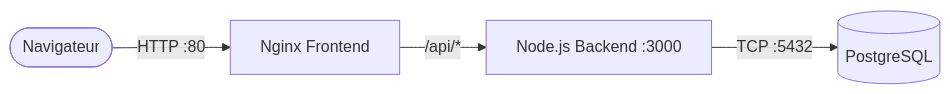
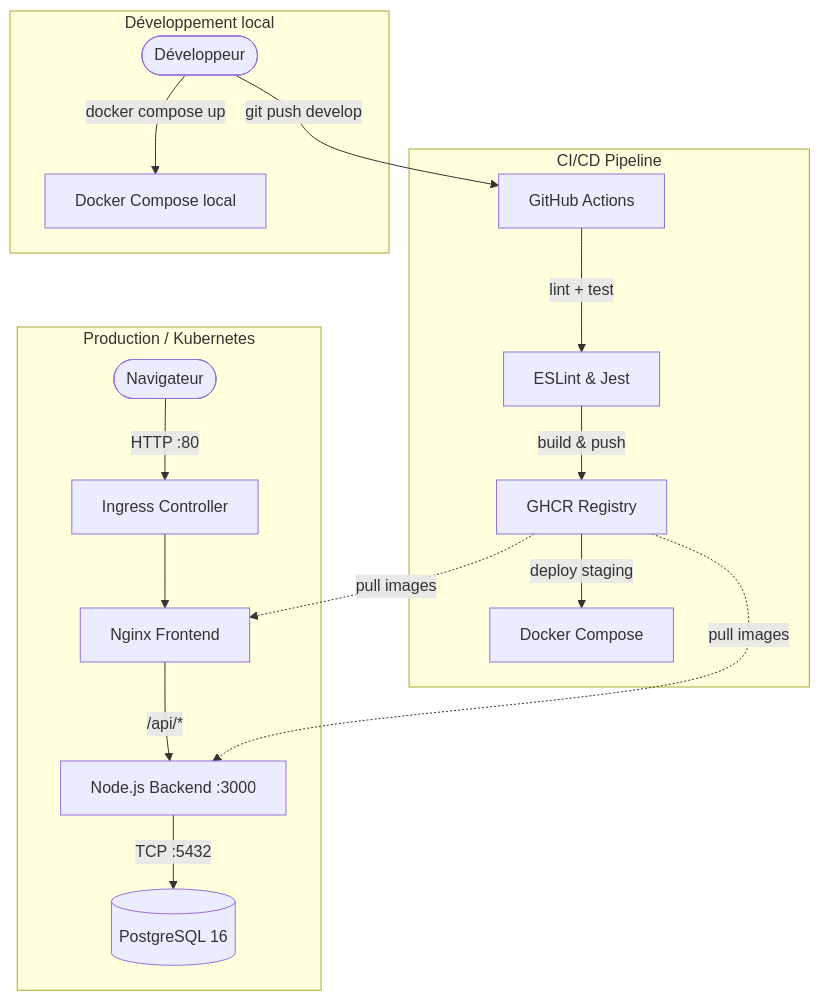
The diagram in README.md (shesaidimnothing/VitalSync), drawn with Mermaid before and after one commit.

Commit message:
docs: enrich Mermaid architecture diagram with CI/CD and K8s
Made-with: Cursor

````diff
--- a/README.md
+++ b/README.md
@@ -15,6 +15,23 @@
 ```mermaid
-graph LR
-    Client([Navigateur]) -->|HTTP :80| Frontend[Nginx Frontend]
-    Frontend -->|/api/*| Backend[Node.js Backend :3000]
-    Backend -->|TCP :5432| DB[(PostgreSQL)]
+graph TB
+    subgraph CI/CD Pipeline
+        GH[GitHub Actions] -->|lint + test| Lint[ESLint & Jest]
+        Lint -->|build & push| GHCR[GHCR Registry]
+        GHCR -->|deploy staging| Staging[Docker Compose]
+    end
+
+    subgraph Production / Kubernetes
+        Client([Navigateur]) -->|HTTP :80| Ingress[Ingress Controller]
+        Ingress --> Frontend[Nginx Frontend]
+        Frontend -->|/api/*| Backend[Node.js Backend :3000]
+        Backend -->|TCP :5432| DB[(PostgreSQL 16)]
+    end
+
+    subgraph Développement local
+        Dev([Développeur]) -->|git push develop| GH
+        Dev -->|docker compose up| Local[Docker Compose local]
+    end
+
+    GHCR -.->|pull images| Backend
+    GHCR -.->|pull images| Frontend
 ```
````
